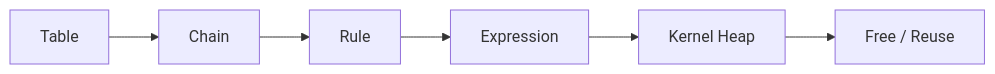
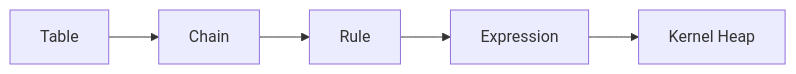
One commit to pullsec/hugo-content changed the second of 10 diagrams in cve/kernel/CVE-2022-32250.md. Above: the diagram before and after it, drawn with Mermaid. The commit also changed other lines of this file, not shown here.

````diff
--- a/cve/kernel/CVE-2022-32250.md
+++ b/cve/kernel/CVE-2022-32250.md
@@ -139,4 +104,4 @@
 ```mermaid
 flowchart LR
-    A[Table] --> B[Chain] --> C[Rule] --> D[Expression] --> E[Kernel Heap] --> F[Free / Reuse]
+    A[Table] --> B[Chain] --> C[Rule] --> D[Expression] --> E[Kernel Heap]
 ```
````
